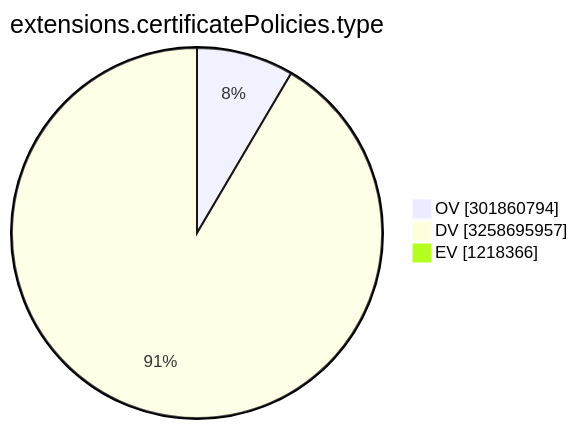
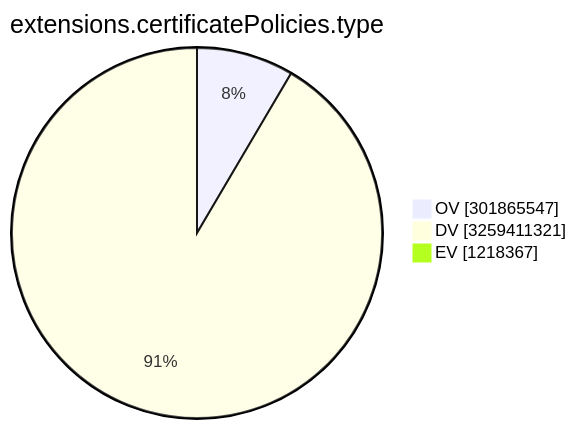
One commit to christiankrug/ctmonitor_visualization changed the ninth of 15 diagrams in TOTAL/README.md. Above: the diagram before and after it, drawn with Mermaid. The commit also changed other lines of this file, not shown here.

````diff
--- a/TOTAL/README.md
+++ b/TOTAL/README.md
@@ -3107,7 +3107,7 @@
 ```mermaid
 pie showData
 title extensions.certificatePolicies.type
-"OV" :301860794
-"DV" :3258695957
-"EV" :1218366
+"OV" :301865547
+"DV" :3259411321
+"EV" :1218367
 ```
````
